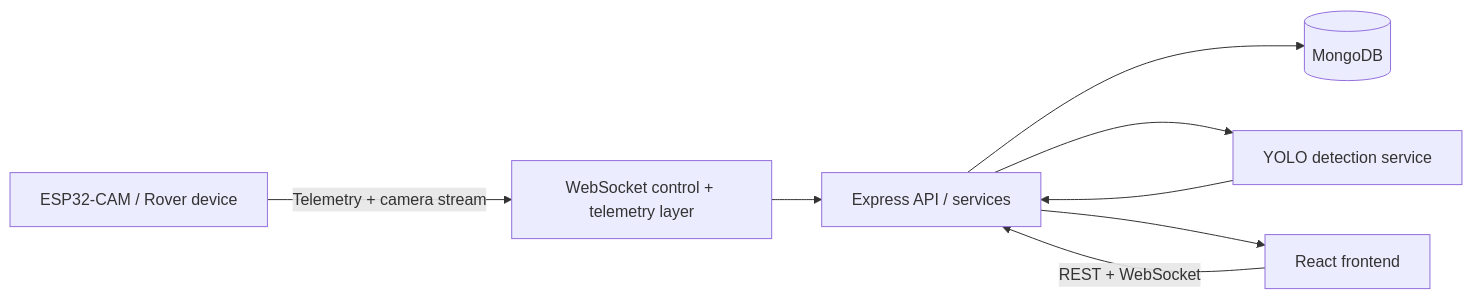
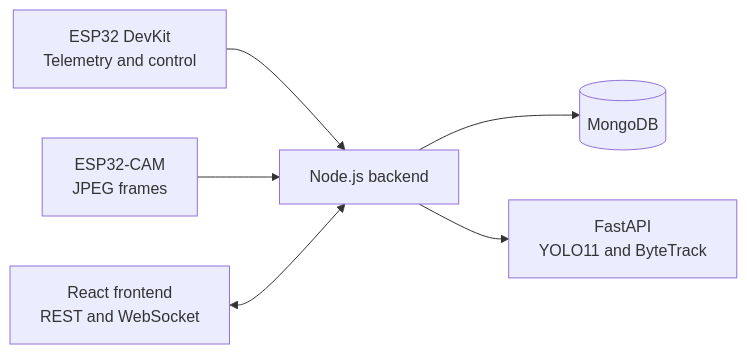
One commit to Sushrutg-1/APEX changed the diagram in docs/ARCHITECTURE.md. Above: the diagram before and after it, drawn with Mermaid. The commit also changed other lines of this file and 30 other files, not shown here.

````diff
--- a/docs/ARCHITECTURE.md
+++ b/docs/ARCHITECTURE.md
@@ -7,17 +15,8 @@
 ```mermaid
 flowchart LR
-    Rover[ESP32-CAM / Rover device]
-    WebSocket[WebSocket control + telemetry layer]
-    Backend[Express API / services]
-    DB[(MongoDB)]
-    AI[YOLO detection service]
-    Frontend[React frontend]
-
-    Rover -->|Telemetry + camera stream| WebSocket
-    WebSocket --> Backend
-    Frontend -->|REST + WebSocket| Backend
-    Backend --> DB
-    Backend --> AI
-    AI --> Backend
-    Backend --> Frontend
+  D[ESP32 DevKit<br/>Telemetry and control] --> B[Node.js backend]
+  C[ESP32-CAM<br/>JPEG frames] --> B
+  F[React frontend<br/>REST and WebSocket] <--> B
+  B --> DB[(MongoDB)]
+  B --> AI[FastAPI<br/>YOLO11 and ByteTrack]
 ```
````
